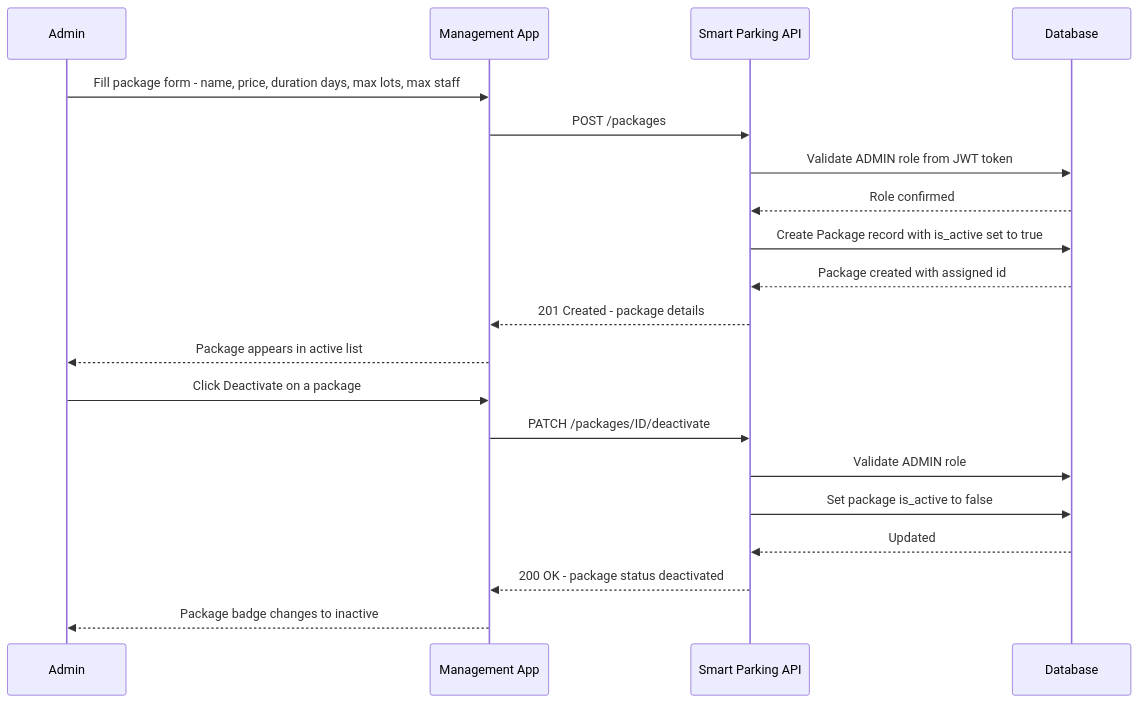
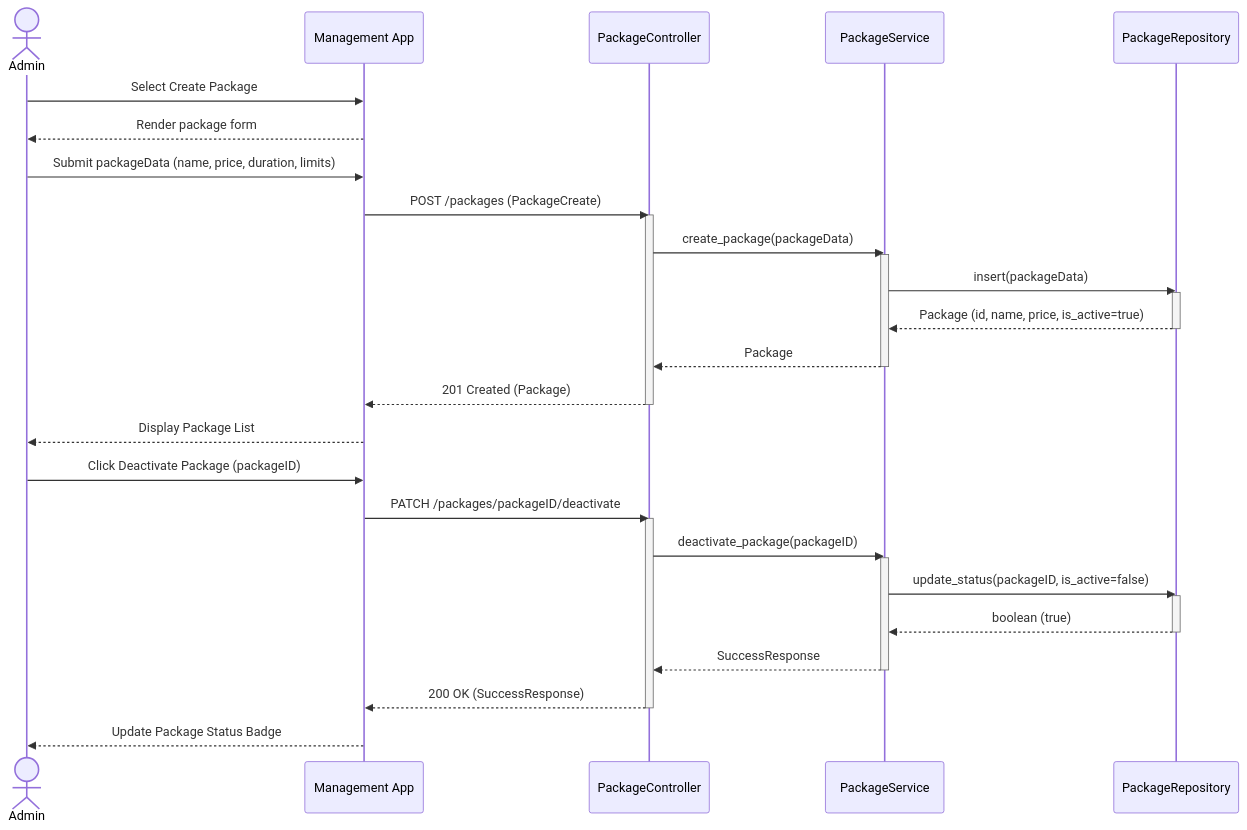
Before and after one commit to kxunsithu/smart-parking-lot-system: the eighth of 16 diagrams in docs/Smart_Parking_Lot_System_Documentation.md, drawn with Mermaid. The commit also changed other lines of this file and 1 other file, not shown here.

````diff
--- a/docs/Smart_Parking_Lot_System_Documentation.md
+++ b/docs/Smart_Parking_Lot_System_Documentation.md
@@ -870,24 +964,40 @@
 ```mermaid
 sequenceDiagram
-    participant Admin
-    participant App as Management App
-    participant API as Smart Parking API
-    participant DB as Database
+    actor Admin
+    participant UI as Management App
+    participant API as PackageController
+    participant Service as PackageService
+    participant DB as PackageRepository
 
-    Admin->>App: Fill package form - name, price, duration days, max lots, max staff
-    App->>API: POST /packages
-    API->>DB: Validate ADMIN role from JWT token
-    DB-->>API: Role confirmed
-    API->>DB: Create Package record with is_active set to true
-    DB-->>API: Package created with assigned id
-    API-->>App: 201 Created - package details
-    App-->>Admin: Package appears in active list
+    Admin->>UI: Select Create Package
+    UI-->>Admin: Render package form
+    Admin->>UI: Submit packageData (name, price, duration, limits)
+    UI->>API: POST /packages (PackageCreate)
+    activate API
+    API->>Service: create_package(packageData)
+    activate Service
+    Service->>DB: insert(packageData)
+    activate DB
+    DB-->>Service: Package (id, name, price, is_active=true)
+    deactivate DB
+    Service-->>API: Package
+    deactivate Service
+    API-->>UI: 201 Created (Package)
+    deactivate API
+    UI-->>Admin: Display Package List
 
-    Admin->>App: Click Deactivate on a package
-    App->>API: PATCH /packages/ID/deactivate
-    API->>DB: Validate ADMIN role
-    API->>DB: Set package is_active to false
-    DB-->>API: Updated
-    API-->>App: 200 OK - package status deactivated
-    App-->>Admin: Package badge changes to inactive
+    Admin->>UI: Click Deactivate Package (packageID)
+    UI->>API: PATCH /packages/packageID/deactivate
+    activate API
+    API->>Service: deactivate_package(packageID)
+    activate Service
+    Service->>DB: update_status(packageID, is_active=false)
+    activate DB
+    DB-->>Service: boolean (true)
+    deactivate DB
+    Service-->>API: SuccessResponse
+    deactivate Service
+    API-->>UI: 200 OK (SuccessResponse)
+    deactivate API
+    UI-->>Admin: Update Package Status Badge
 ```
````
